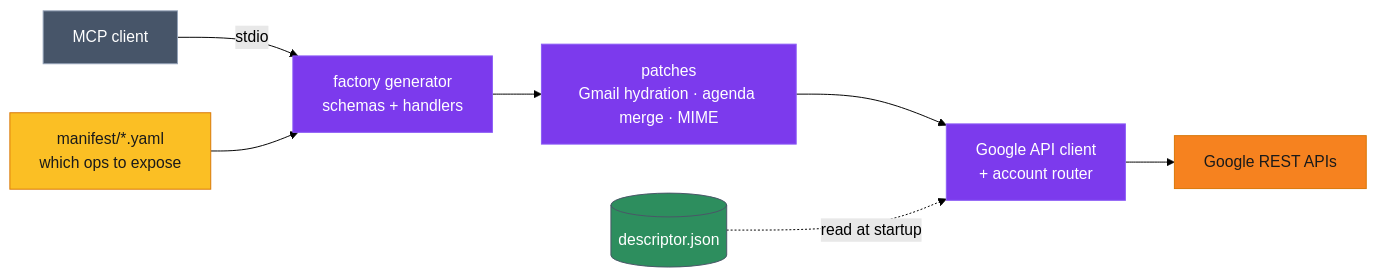
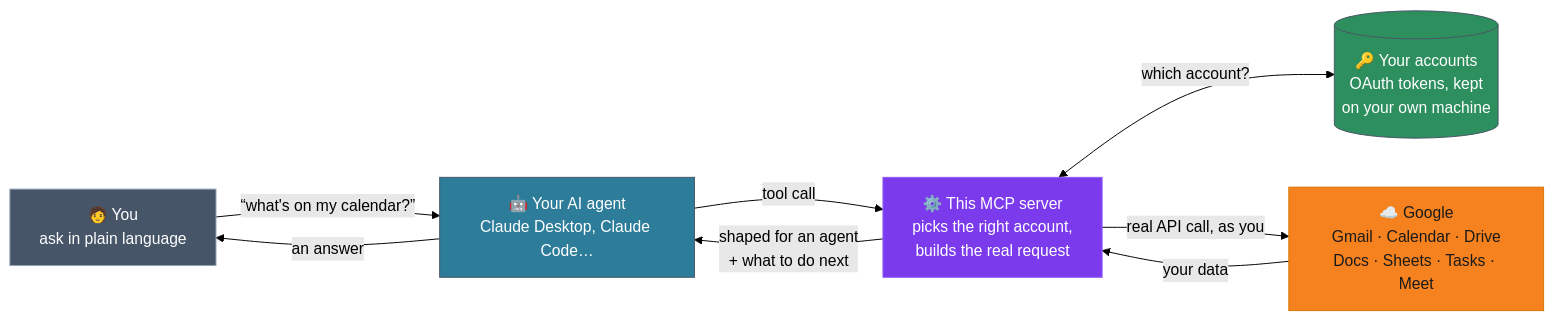
The first of 2 diagrams in README.md (aaronsb/google-workspace-mcp), drawn with Mermaid (forest theme) before and after one commit. The commit also changed other lines of this file and 1 other file, not shown here.

````diff
--- a/README.md
+++ b/README.md
@@ -70,20 +87,28 @@
 ```mermaid
 flowchart LR
-    mcp["MCP client"] -->|stdio| factory["factory generator<br>schemas + handlers"]
-    manifest["manifest/*.yaml<br>which ops to expose"] --> factory
-    factory --> patches["patches<br>Gmail hydration · agenda merge · MIME"]
-    patches --> client["Google API client<br>+ account router"]
-    desc[("descriptor.json")] -. read at startup .-> client
-    client --> google["Google REST APIs"]
+    human["🧑 You<br>ask in plain language"]
+    agent["🤖 Your AI agent<br>Claude Desktop, Claude Code…"]
+    server["⚙️ This MCP server<br>picks the right account,<br>builds the real request"]
+    keys[("🔑 Your accounts<br>OAuth tokens, kept<br>on your own machine")]
+    google["☁️ Google<br>Gmail · Calendar · Drive<br>Docs · Sheets · Tasks · Meet"]
 
+    human -->|"“what's on my calendar?”"| agent
+    agent -->|"tool call"| server
+    server <-->|"which account?"| keys
+    server -->|"real API call, as you"| google
+    google -->|"your data"| server
+    server -->|"shaped for an agent<br>+ what to do next"| agent
+    agent -->|"an answer"| human
+
+    classDef person   fill:#475569,color:#ffffff,stroke:#94a3b8
+    classDef robot    fill:#2d7d9a,color:#ffffff,stroke:#4a5568
+    classDef ours     fill:#7c3aed,color:#ffffff,stroke:#8b5cf6
+    classDef secrets  fill:#2d8e5e,color:#ffffff,stroke:#4a5568
     classDef external fill:#f6821f,color:#1a1a1a,stroke:#d97706
-    classDef artifact fill:#2d8e5e,color:#ffffff,stroke:#4a5568
-    classDef config   fill:#fbbf24,color:#1a1a1a,stroke:#d97706
-    classDef core     fill:#7c3aed,color:#ffffff,stroke:#8b5cf6
-    classDef inert    fill:#475569,color:#ffffff,stroke:#94a3b8
+
+    class human person
+    class agent robot
+    class server ours
+    class keys secrets
     class google external
-    class desc artifact
-    class manifest config
-    class factory,patches,client core
-    class mcp inert
 ```
````
